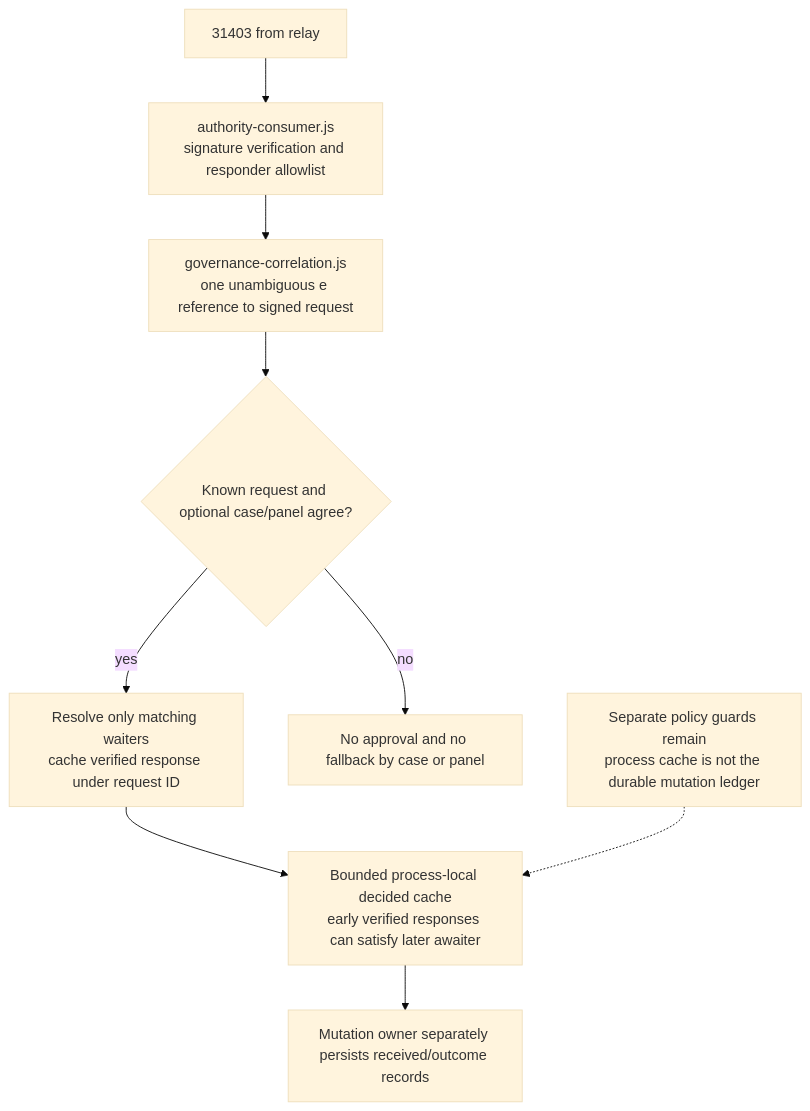
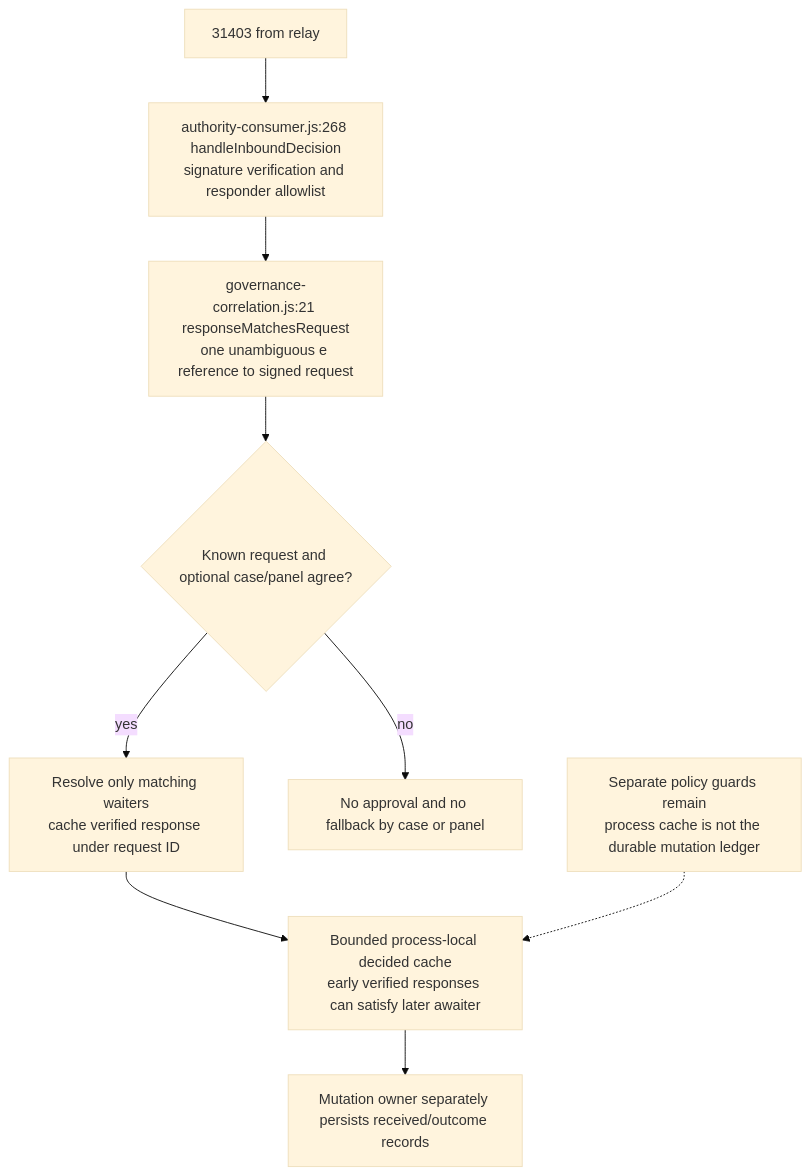
Diagram 11 of 16 in docs/diagrams/agentbox/11-identity-did-mandate-authority.md (DreamLab-AI/VisionFlow), drawn with Mermaid (base theme) before and after one commit. The commit also changed other lines of this file and 51 other files, not shown here.

First line of the commit message:
docs(diagrams): agentbox AB-01..13 re-attested anchor by anchor (980 anchors, 22 defects); checkpoint against an out-of-mesh writer

````diff
--- a/docs/diagrams/agentbox/11-identity-did-mandate-authority.md
+++ b/docs/diagrams/agentbox/11-identity-did-mandate-authority.md
@@ -443,11 +443,11 @@
 ```mermaid
 flowchart TD
-    Event["31403 from relay"] --> Verify["authority-consumer.js<br/>signature verification and responder allowlist"]
-    Verify --> Reference["governance-correlation.js<br/>one unambiguous e reference to signed request"]
+    Event["31403 from relay"] --> Verify["authority-consumer.js:268 handleInboundDecision<br/>signature verification and responder allowlist"]
+    Verify --> Reference["governance-correlation.js:21 responseMatchesRequest<br/>one unambiguous e reference to signed request"]
     Reference --> Match{"Known request and optional case/panel agree?"}
     Match -->|yes| Resolve["Resolve only matching waiters<br/>cache verified response under request ID"]
     Match -->|no| Drop["No approval and no fallback by case or panel"]
     Resolve --> Cache["Bounded process-local decided cache<br/>early verified responses can satisfy later awaiter"]
     Cache --> Owner["Mutation owner separately persists received/outcome records"]
     Note["Separate policy guards remain<br/>process cache is not the durable mutation ledger"] -.-> Cache
 ```
````
